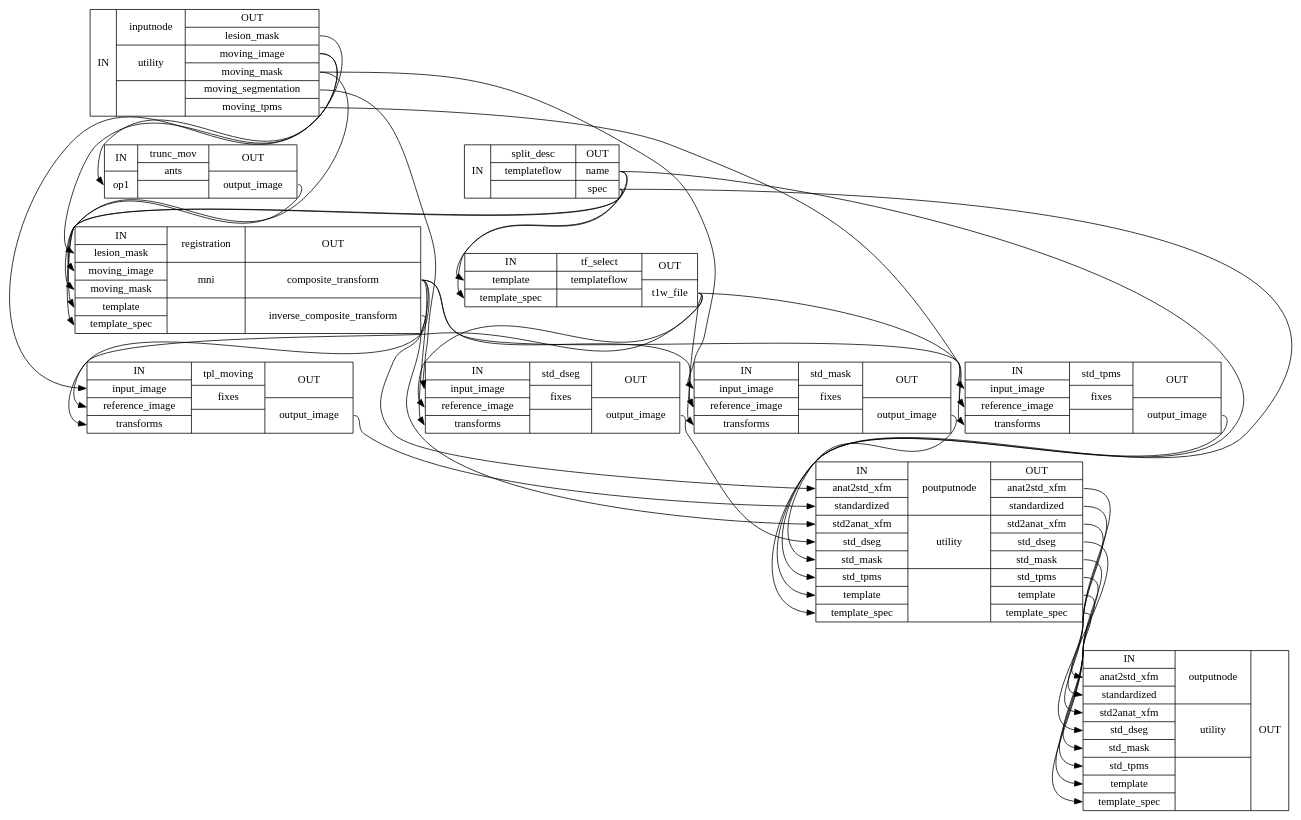
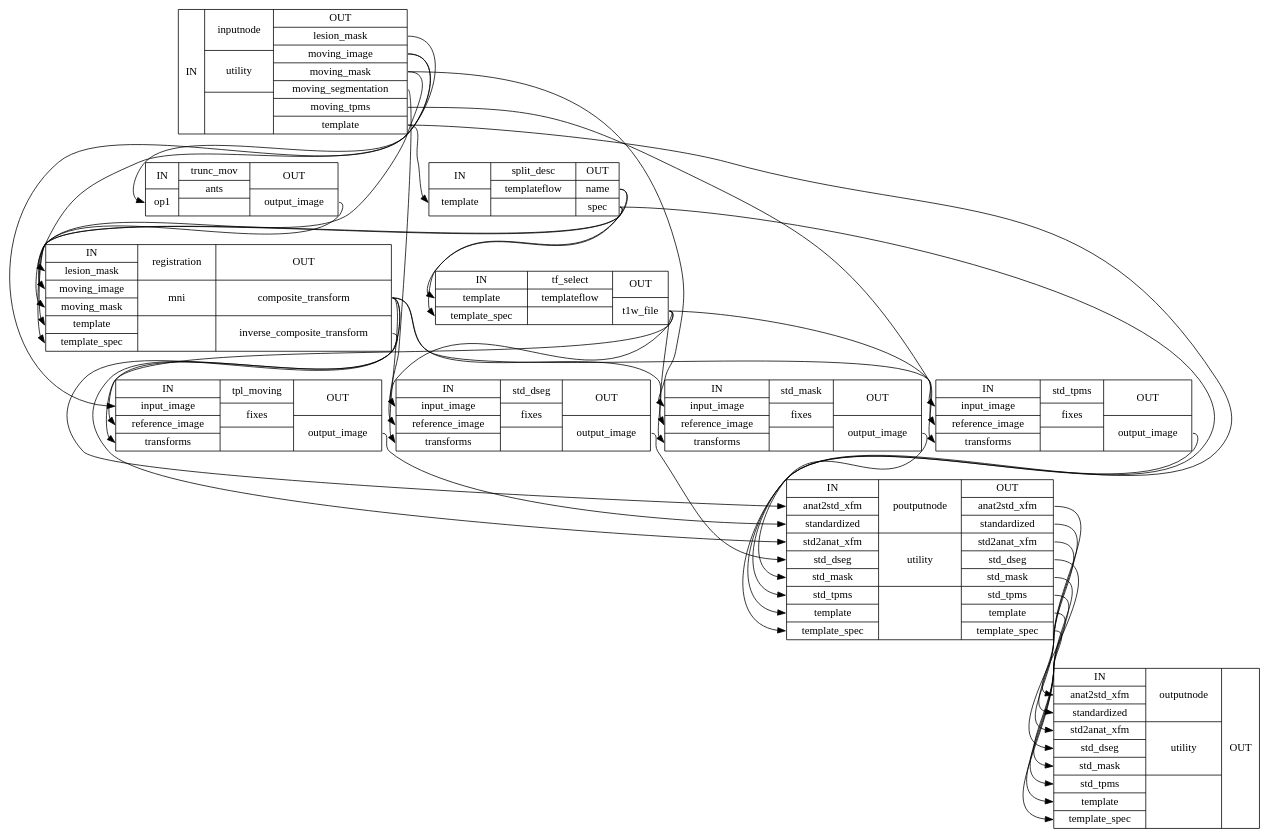
One commit to nuKs/smriprep changed the diagram in rel_0.4.1/wf_directive/api/anat_norm_wf/smriprep-workflows-norm-1_detailed.dot. Above: the diagram before and after it, drawn with Graphviz. The commit also changed 662 other files, not shown here.

```diff
--- a/rel_0.4.1/wf_directive/api/anat_norm_wf/smriprep-workflows-norm-1_detailed.dot
+++ b/rel_0.4.1/wf_directive/api/anat_norm_wf/smriprep-workflows-norm-1_detailed.dot
@@ -1,50 +1,51 @@
 digraph structs {
 node [shape=record];
-anat_norm_wfsplit_desc [label="{IN}|{ split_desc | templateflow |  }|{OUT|<outname> name|<outspec> spec}"];
+anat_norm_wfinputnode [label="{IN}|{ inputnode | utility |  }|{OUT|<outlesionmask> lesion_mask|<outmovingimage> moving_image|<outmovingmask> moving_mask|<outmovingsegmentation> moving_segmentation|<outmovingtpms> moving_tpms|<outtemplate> template}"];
+anat_norm_wftrunc_mov [label="{IN|<inop1> op1}|{ trunc_mov | ants |  }|{OUT|<outoutputimage> output_image}"];
+anat_norm_wfsplit_desc [label="{IN|<intemplate> template}|{ split_desc | templateflow |  }|{OUT|<outname> name|<outspec> spec}"];
+anat_norm_wfregistration [label="{IN|<inlesionmask> lesion_mask|<inmovingimage> moving_image|<inmovingmask> moving_mask|<intemplate> template|<intemplatespec> template_spec}|{ registration | mni |  }|{OUT|<outcompositetransform> composite_transform|<outinversecompositetransform> inverse_composite_transform}"];
 anat_norm_wftf_select [label="{IN|<intemplate> template|<intemplatespec> template_spec}|{ tf_select | templateflow |  }|{OUT|<outt1wfile> t1w_file}"];
-anat_norm_wfinputnode [label="{IN}|{ inputnode | utility |  }|{OUT|<outlesionmask> lesion_mask|<outmovingimage> moving_image|<outmovingmask> moving_mask|<outmovingsegmentation> moving_segmentation|<outmovingtpms> moving_tpms}"];
-anat_norm_wftrunc_mov [label="{IN|<inop1> op1}|{ trunc_mov | ants |  }|{OUT|<outoutputimage> output_image}"];
-anat_norm_wfregistration [label="{IN|<inlesionmask> lesion_mask|<inmovingimage> moving_image|<inmovingmask> moving_mask|<intemplate> template|<intemplatespec> template_spec}|{ registration | mni |  }|{OUT|<outcompositetransform> composite_transform|<outinversecompositetransform> inverse_composite_transform}"];
 anat_norm_wfstd_tpms [label="{IN|<ininputimage> input_image|<inreferenceimage> reference_image|<intransforms> transforms}|{ std_tpms | fixes |  }|{OUT|<outoutputimage> output_image}"];
 anat_norm_wfstd_dseg [label="{IN|<ininputimage> input_image|<inreferenceimage> reference_image|<intransforms> transforms}|{ std_dseg | fixes |  }|{OUT|<outoutputimage> output_image}"];
 anat_norm_wfstd_mask [label="{IN|<ininputimage> input_image|<inreferenceimage> reference_image|<intransforms> transforms}|{ std_mask | fixes |  }|{OUT|<outoutputimage> output_image}"];
 anat_norm_wftpl_moving [label="{IN|<ininputimage> input_image|<inreferenceimage> reference_image|<intransforms> transforms}|{ tpl_moving | fixes |  }|{OUT|<outoutputimage> output_image}"];
 anat_norm_wfpoutputnode [label="{IN|<inanat2stdxfm> anat2std_xfm|<instandardized> standardized|<instd2anatxfm> std2anat_xfm|<instddseg> std_dseg|<instdmask> std_mask|<instdtpms> std_tpms|<intemplate> template|<intemplatespec> template_spec}|{ poutputnode | utility |  }|{OUT|<outanat2stdxfm> anat2std_xfm|<outstandardized> standardized|<outstd2anatxfm> std2anat_xfm|<outstddseg> std_dseg|<outstdmask> std_mask|<outstdtpms> std_tpms|<outtemplate> template|<outtemplatespec> template_spec}"];
 anat_norm_wfoutputnode [label="{IN|<inanat2stdxfm> anat2std_xfm|<instandardized> standardized|<instd2anatxfm> std2anat_xfm|<instddseg> std_dseg|<instdmask> std_mask|<instdtpms> std_tpms|<intemplate> template|<intemplatespec> template_spec}|{ outputnode | utility |  }|{OUT}"];
 anat_norm_wfinputnode:outlesionmask:e -> anat_norm_wfregistration:inlesionmask:w;
 anat_norm_wfinputnode:outmovingimage:e -> anat_norm_wftpl_moving:ininputimage:w;
 anat_norm_wfinputnode:outmovingimage:e -> anat_norm_wftrunc_mov:inop1:w;
 anat_norm_wfinputnode:outmovingmask:e -> anat_norm_wfregistration:inmovingmask:w;
 anat_norm_wfinputnode:outmovingmask:e -> anat_norm_wfstd_mask:ininputimage:w;
 anat_norm_wfinputnode:outmovingsegmentation:e -> anat_norm_wfstd_dseg:ininputimage:w;
 anat_norm_wfinputnode:outmovingtpms:e -> anat_norm_wfstd_tpms:ininputimage:w;
+anat_norm_wfinputnode:outtemplate:e -> anat_norm_wfpoutputnode:intemplate:w;
+anat_norm_wfinputnode:outtemplate:e -> anat_norm_wfsplit_desc:intemplate:w;
 anat_norm_wfpoutputnode:outanat2stdxfm:e -> anat_norm_wfoutputnode:inanat2stdxfm:w;
 anat_norm_wfpoutputnode:outstandardized:e -> anat_norm_wfoutputnode:instandardized:w;
 anat_norm_wfpoutputnode:outstd2anatxfm:e -> anat_norm_wfoutputnode:instd2anatxfm:w;
 anat_norm_wfpoutputnode:outstddseg:e -> anat_norm_wfoutputnode:instddseg:w;
 anat_norm_wfpoutputnode:outstdmask:e -> anat_norm_wfoutputnode:instdmask:w;
 anat_norm_wfpoutputnode:outstdtpms:e -> anat_norm_wfoutputnode:instdtpms:w;
 anat_norm_wfpoutputnode:outtemplate:e -> anat_norm_wfoutputnode:intemplate:w;
 anat_norm_wfpoutputnode:outtemplatespec:e -> anat_norm_wfoutputnode:intemplatespec:w;
 anat_norm_wfregistration:outcompositetransform:e -> anat_norm_wfpoutputnode:inanat2stdxfm:w;
 anat_norm_wfregistration:outcompositetransform:e -> anat_norm_wfstd_dseg:intransforms:w;
 anat_norm_wfregistration:outcompositetransform:e -> anat_norm_wfstd_mask:intransforms:w;
 anat_norm_wfregistration:outcompositetransform:e -> anat_norm_wfstd_tpms:intransforms:w;
 anat_norm_wfregistration:outcompositetransform:e -> anat_norm_wftpl_moving:intransforms:w;
 anat_norm_wfregistration:outinversecompositetransform:e -> anat_norm_wfpoutputnode:instd2anatxfm:w;
-anat_norm_wfsplit_desc:outname:e -> anat_norm_wfpoutputnode:intemplate:w;
 anat_norm_wfsplit_desc:outname:e -> anat_norm_wfregistration:intemplate:w;
 anat_norm_wfsplit_desc:outname:e -> anat_norm_wftf_select:intemplate:w;
 anat_norm_wfsplit_desc:outspec:e -> anat_norm_wfpoutputnode:intemplatespec:w;
 anat_norm_wfsplit_desc:outspec:e -> anat_norm_wfregistration:intemplatespec:w;
 anat_norm_wfsplit_desc:outspec:e -> anat_norm_wftf_select:intemplatespec:w;
 anat_norm_wfstd_dseg:outoutputimage:e -> anat_norm_wfpoutputnode:instddseg:w;
 anat_norm_wfstd_mask:outoutputimage:e -> anat_norm_wfpoutputnode:instdmask:w;
 anat_norm_wfstd_tpms:outoutputimage:e -> anat_norm_wfpoutputnode:instdtpms:w;
 anat_norm_wftf_select:outt1wfile:e -> anat_norm_wfstd_dseg:inreferenceimage:w;
 anat_norm_wftf_select:outt1wfile:e -> anat_norm_wfstd_mask:inreferenceimage:w;
 anat_norm_wftf_select:outt1wfile:e -> anat_norm_wfstd_tpms:inreferenceimage:w;
 anat_norm_wftf_select:outt1wfile:e -> anat_norm_wftpl_moving:inreferenceimage:w;
 anat_norm_wftpl_moving:outoutputimage:e -> anat_norm_wfpoutputnode:instandardized:w;
 anat_norm_wftrunc_mov:outoutputimage:e -> anat_norm_wfregistration:inmovingimage:w;
 }
```
